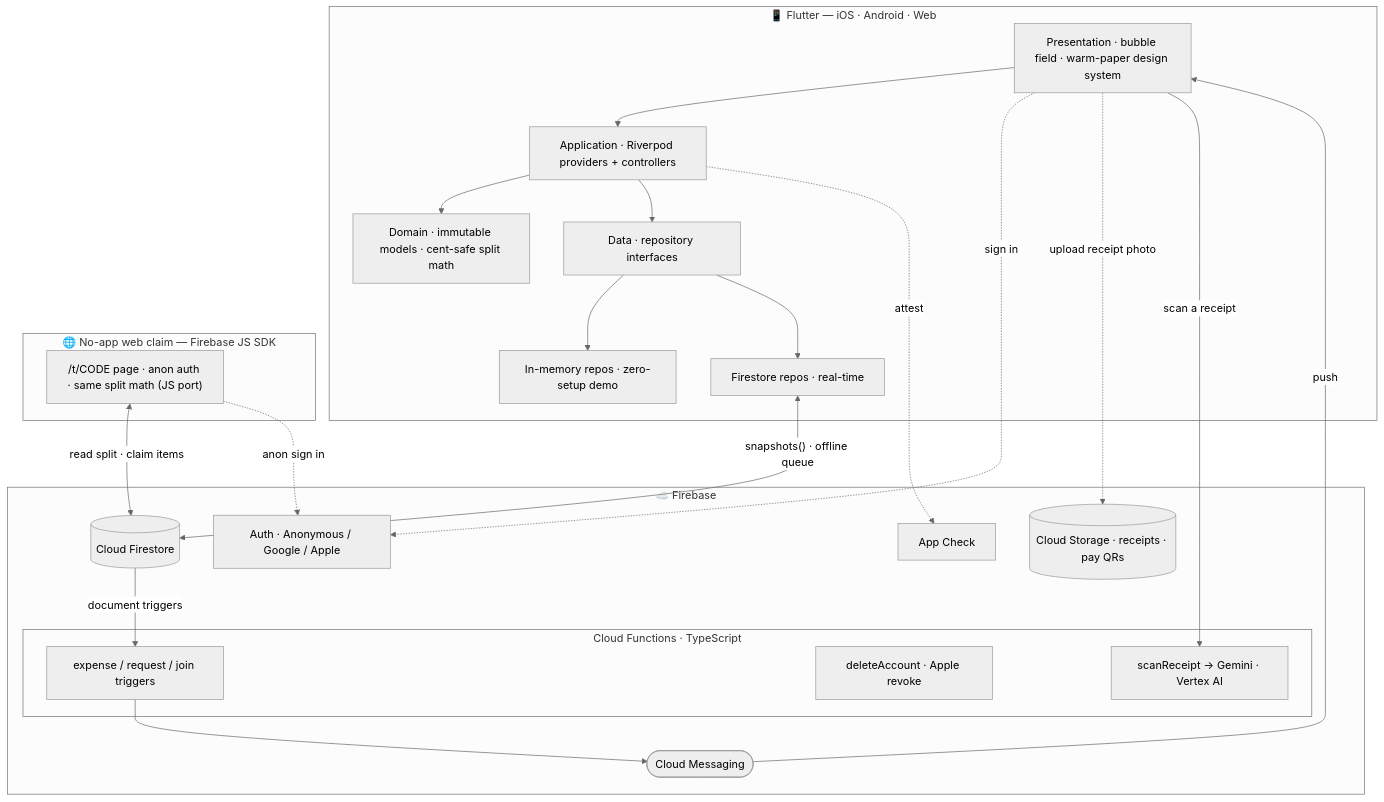
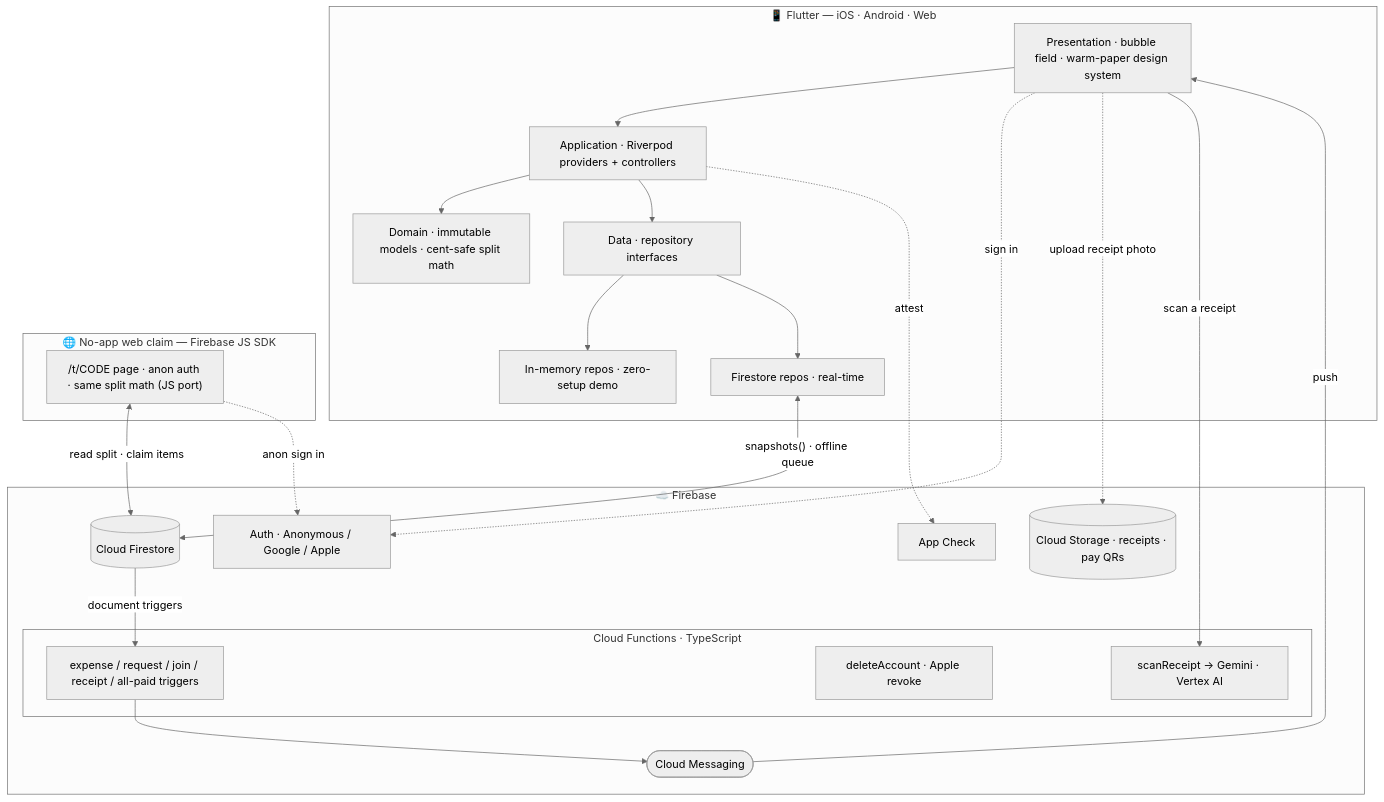
The diagram in README.md (yeegz/Bupples-showcase), drawn with Mermaid (neutral theme) before and after one commit. The commit also changed other lines of this file and 1 other file, not shown here.

First line of the commit message:
Add CHANGELOG; update architecture for collaborative receipts (build 15)

````diff
--- a/README.md
+++ b/README.md
@@ -146,36 +151,36 @@
 ```mermaid
 flowchart TB
     subgraph Client["📱 Flutter — iOS · Android · Web"]
         UI["Presentation · bubble field · warm-paper design system"]
         APP["Application · Riverpod providers + controllers"]
         DOM["Domain · immutable models · cent-safe split math"]
         DATA["Data · repository interfaces"]
         UI --> APP --> DOM
         APP --> DATA
         DATA --> MEM["In-memory repos · zero-setup demo"]
         DATA --> FSR["Firestore repos · real-time"]
     end
     subgraph Web["🌐 No-app web claim — Firebase JS SDK"]
         TWEB["/t/CODE page · anon auth · same split math (JS port)"]
     end
     subgraph FB["☁️ Firebase"]
         FS[("Cloud Firestore")]
         AUTH["Auth · Anonymous / Google / Apple"]
         STG[("Cloud Storage · receipts · pay QRs")]
         AC["App Check"]
         FCM(["Cloud Messaging"])
         subgraph FN["Cloud Functions · TypeScript"]
-            NOTIFY["expense / request / join triggers"]
+            NOTIFY["expense / request / join / receipt / all-paid triggers"]
             ADMIN["deleteAccount · Apple revoke"]
             SCAN["scanReceipt → Gemini · Vertex AI"]
         end
     end
     FSR <-->|"snapshots() · offline queue"| FS
     TWEB <-->|"read split · claim items"| FS
     TWEB -.->|"anon sign in"| AUTH
     UI -.->|"sign in"| AUTH
     UI -.->|"upload receipt photo"| STG
     UI -->|"scan a receipt"| SCAN
     APP -.->|"attest"| AC
     FS -->|"document triggers"| NOTIFY --> FCM -->|"push"| UI
 ```
````
